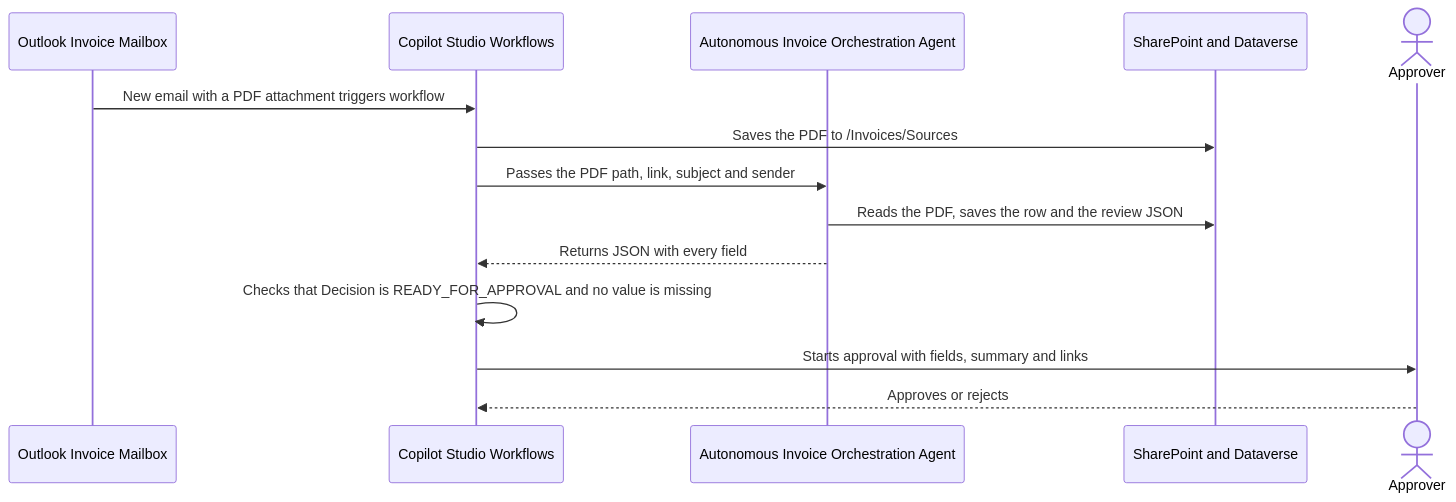
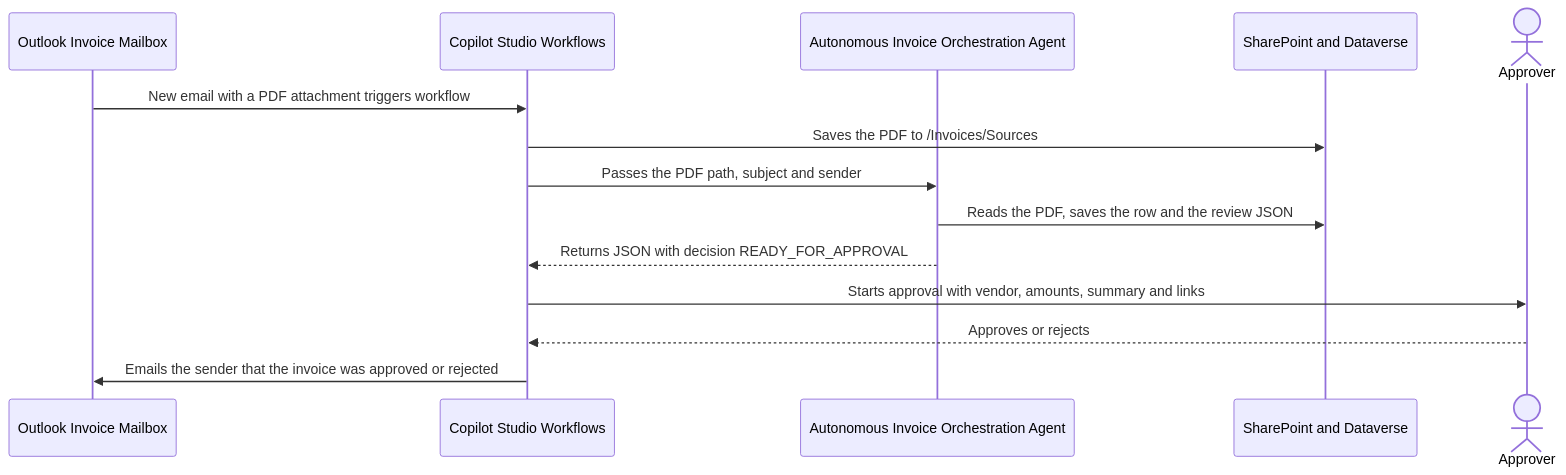
The second of 3 diagrams in 01-scenarios/Autonomous-Invoice-Orchestration-Agent-GHCP/2.Architecture.md (microsoft/ai-agent-runbooks), drawn with Mermaid before and after one commit. The commit also changed other lines of this file and 9 other files, not shown here.

````diff
--- a/01-scenarios/Autonomous-Invoice-Orchestration-Agent-GHCP/2.Architecture.md
+++ b/01-scenarios/Autonomous-Invoice-Orchestration-Agent-GHCP/2.Architecture.md
@@ -107,16 +113,16 @@
 ```mermaid
 sequenceDiagram
     participant Mail as Outlook Invoice Mailbox
     participant Flow as Copilot Studio Workflows
     participant Agent as Autonomous Invoice Orchestration Agent
     participant Store as SharePoint and Dataverse
     actor Approver as Approver
     Mail->>Flow: New email with a PDF attachment triggers workflow
     Flow->>Store: Saves the PDF to /Invoices/Sources
-    Flow->>Agent: Passes the PDF path, link, subject and sender
+    Flow->>Agent: Passes the PDF path, subject and sender
     Agent->>Store: Reads the PDF, saves the row and the review JSON
-    Agent-->>Flow: Returns JSON with every field
-    Flow->>Flow: Checks that Decision is READY_FOR_APPROVAL and no value is missing
-    Flow->>Approver: Starts approval with fields, summary and links
+    Agent-->>Flow: Returns JSON with decision READY_FOR_APPROVAL
+    Flow->>Approver: Starts approval with vendor, amounts, summary and links
     Approver-->>Flow: Approves or rejects
+    Flow->>Mail: Emails the sender that the invoice was approved or rejected
 ```
````
